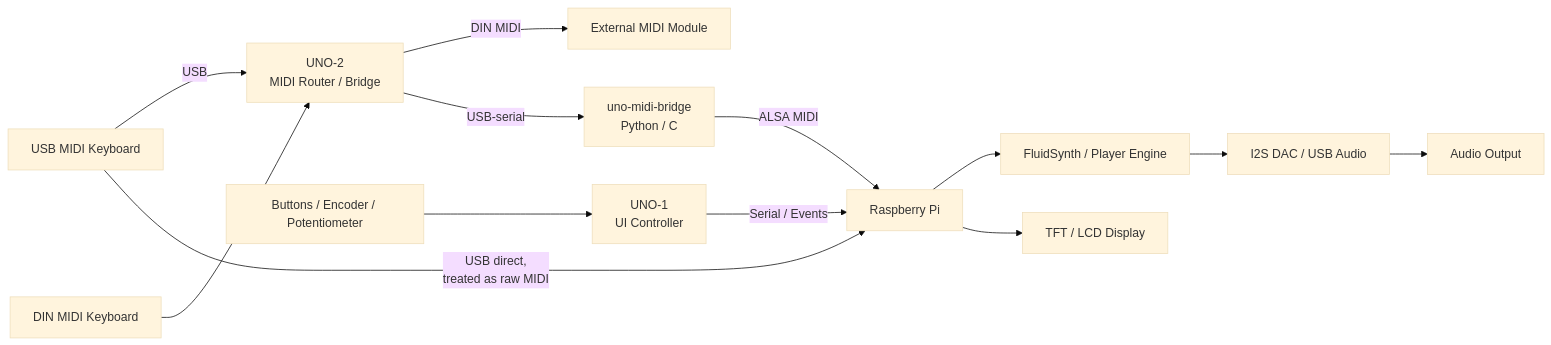
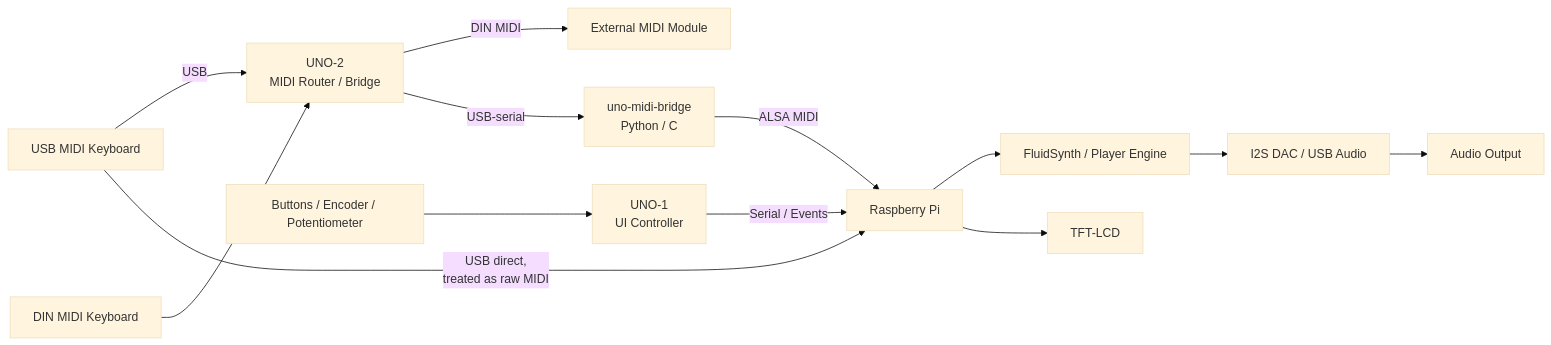
One commit to jeong0449/FluidArdule changed the diagram in architecture.md. Above: the diagram before and after it, drawn with Mermaid (base theme).

`````diff
--- a/architecture.md
+++ b/architecture.md
@@ -7,22 +7,22 @@
 ```mermaid
 flowchart LR
 
     KBD1[USB MIDI Keyboard] -->|USB| UNO2[UNO-2<br/>MIDI Router / Bridge]
     KBD2[DIN MIDI Keyboard] --> UNO2
 
     KBD1 -->|USB direct, <br>treated as raw MIDI| PI[Raspberry Pi]
 
     UNO2 -->|DIN MIDI| EXT[External MIDI Module]
     UNO2 -->|USB-serial| BRIDGE[uno-midi-bridge<br/>Python / C]
 
     BRIDGE -->|ALSA MIDI| PI
 
     PI --> FS[FluidSynth / Player Engine]
-    PI --> TFT[TFT / LCD Display]
+    PI --> TFT[TFT-LCD]
 
     CTRL[Buttons / Encoder / Potentiometer] --> UNO1[UNO-1<br/>UI Controller]
     UNO1 -->|Serial / Events| PI
 
     FS --> DAC[I2S DAC / USB Audio]
     DAC --> OUT[Audio Output]
 ````
`````
